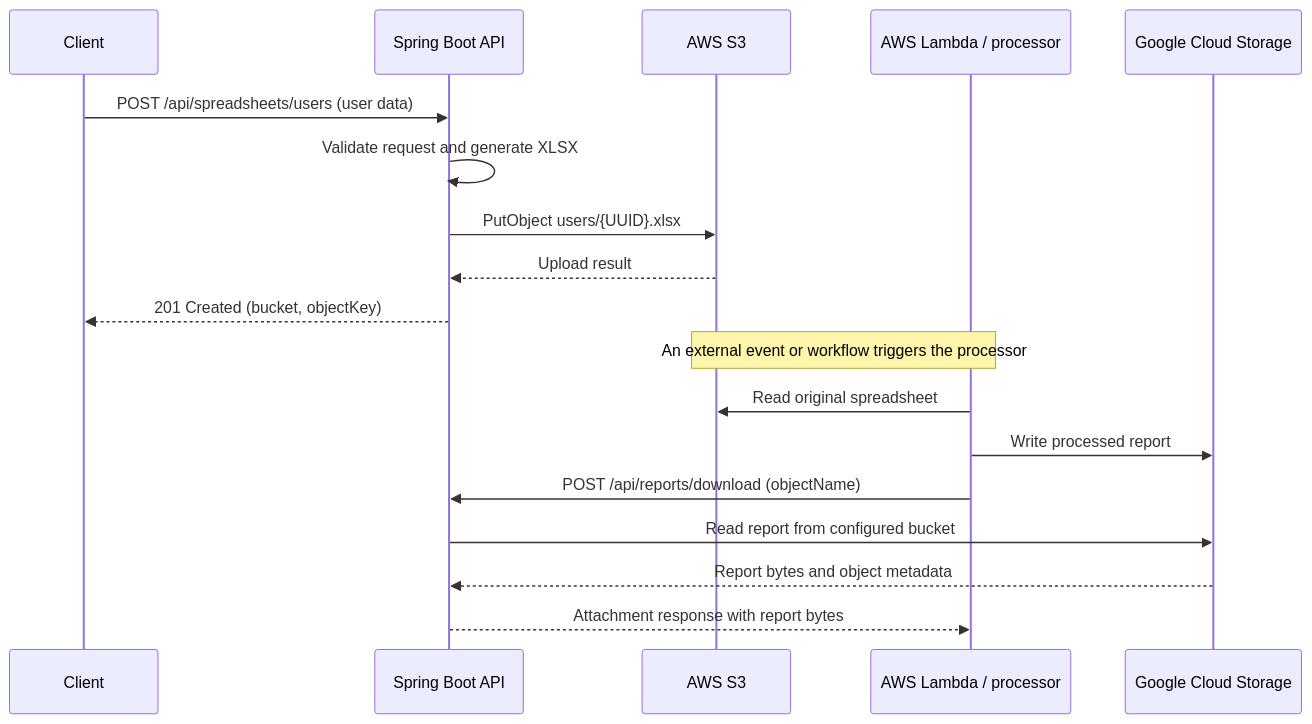
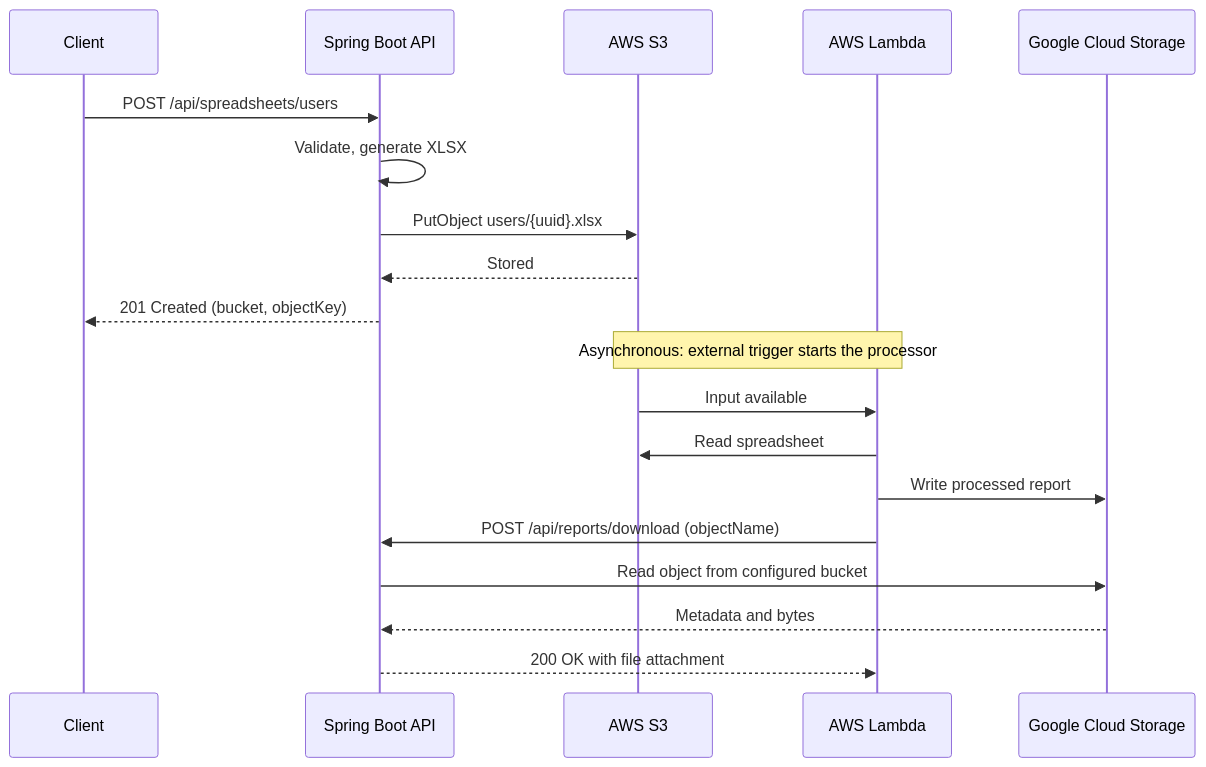
The second of 3 diagrams in docs/ARCHITECTURE.md (debajyoti-nath-eng/Data_Analytics_AWS_S3_Upload_AWS_Lambda_GCP_Download), drawn with Mermaid before and after one commit. The commit also changed other lines of this file and 25 other files, not shown here.

First line of the commit message:
[DN] # Data Analytics API :: Added HLD/LLD documentation and tests, fixed report download content type

````diff
--- a/docs/ARCHITECTURE.md
+++ b/docs/ARCHITECTURE.md
@@ -31,21 +46,24 @@
 ```mermaid
 sequenceDiagram
     participant Client
     participant API as Spring Boot API
     participant S3 as AWS S3
-    participant Lambda as AWS Lambda / processor
+    participant Lambda as AWS Lambda
     participant GCS as Google Cloud Storage
 
-    Client->>API: POST /api/spreadsheets/users (user data)
-    API->>API: Validate request and generate XLSX
-    API->>S3: PutObject users/{UUID}.xlsx
-    S3-->>API: Upload result
+    Client->>API: POST /api/spreadsheets/users
+    API->>API: Validate, generate XLSX
+    API->>S3: PutObject users/{uuid}.xlsx
+    S3-->>API: Stored
     API-->>Client: 201 Created (bucket, objectKey)
-    Note over Lambda,S3: An external event or workflow triggers the processor
-    Lambda->>S3: Read original spreadsheet
+
+    Note over S3,Lambda: Asynchronous: external trigger starts the processor
+    S3->>Lambda: Input available
+    Lambda->>S3: Read spreadsheet
     Lambda->>GCS: Write processed report
+
     Lambda->>API: POST /api/reports/download (objectName)
-    API->>GCS: Read report from configured bucket
-    GCS-->>API: Report bytes and object metadata
-    API-->>Lambda: Attachment response with report bytes
+    API->>GCS: Read object from configured bucket
+    GCS-->>API: Metadata and bytes
+    API-->>Lambda: 200 OK with file attachment
 ```
````
